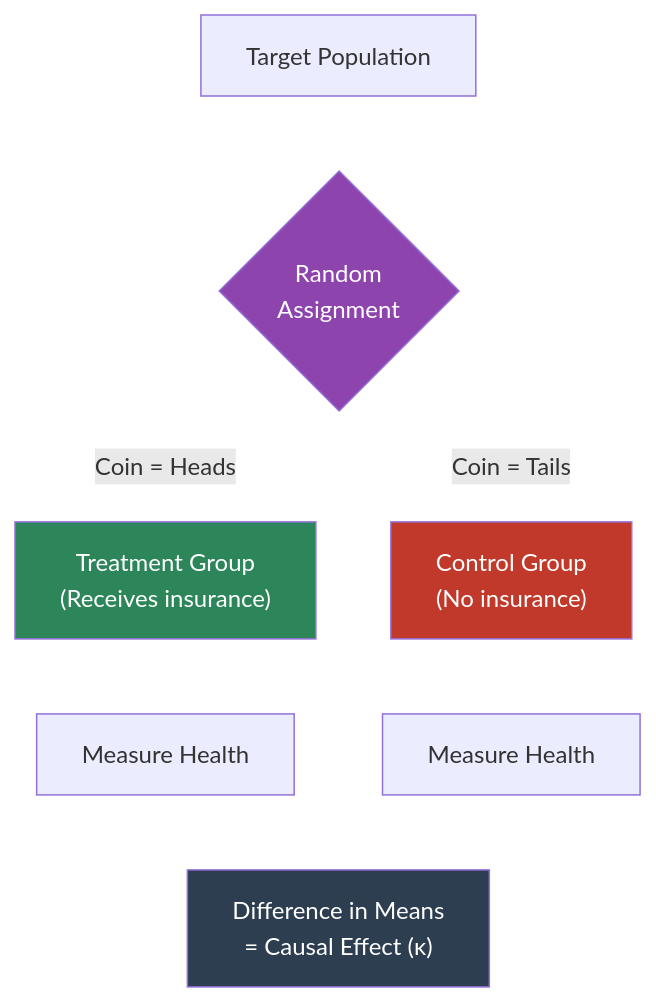
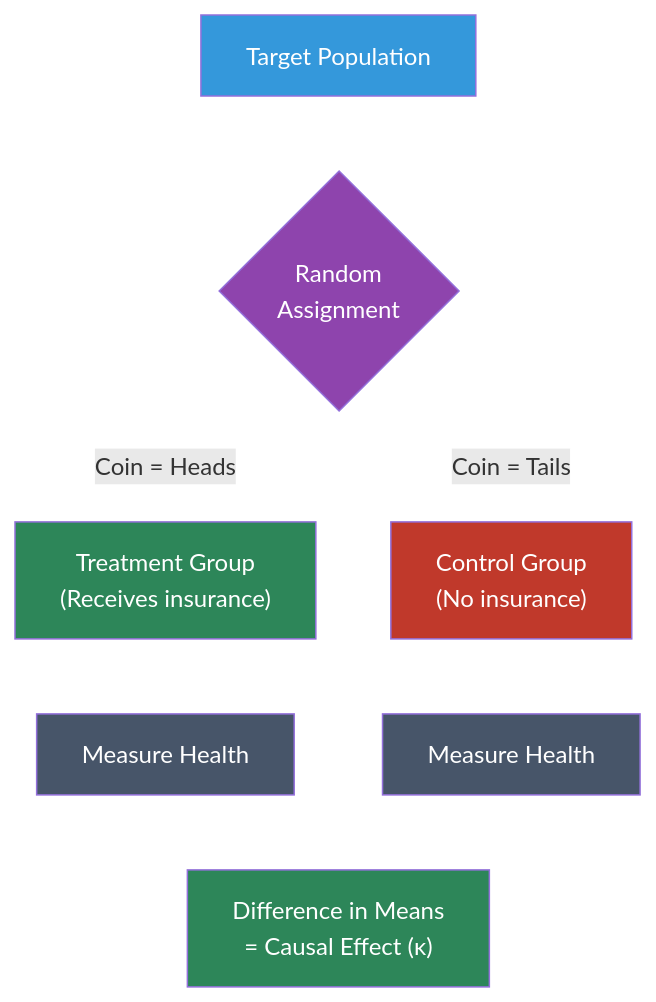
Before and after one commit to cmg777/intro2causal: the fourth of 6 diagrams in notebooks_md/01-randomized-trials.md, drawn with Mermaid. The commit also changed other lines of this file and 17 other files, not shown here.

````diff
--- a/notebooks_md/01-randomized-trials.md
+++ b/notebooks_md/01-randomized-trials.md
@@ -282,17 +458,20 @@
 ```mermaid
 
 graph TD
     P["Target Population"] --> R{"Random<br/>Assignment"}
     R -->|"Coin = Heads"| T["Treatment Group<br/>(Receives insurance)"]
     R -->|"Coin = Tails"| C["Control Group<br/>(No insurance)"]
     T --> OT["Measure Health"]
     C --> OC["Measure Health"]
     OT --> D["Difference in Means<br/>= Causal Effect (κ)"]
     OC --> D
 
+    style P fill:#3498db,color:#fff
     style R fill:#8e44ad,color:#fff
     style T fill:#2d8659,color:#fff
     style C fill:#c0392b,color:#fff
-    style D fill:#2c3e50,color:#fff
+    style OT fill:#475569,color:#fff
+    style OC fill:#475569,color:#fff
+    style D fill:#2d8659,color:#fff
     linkStyle default stroke:#fff,stroke-width:2px
 ```
````
